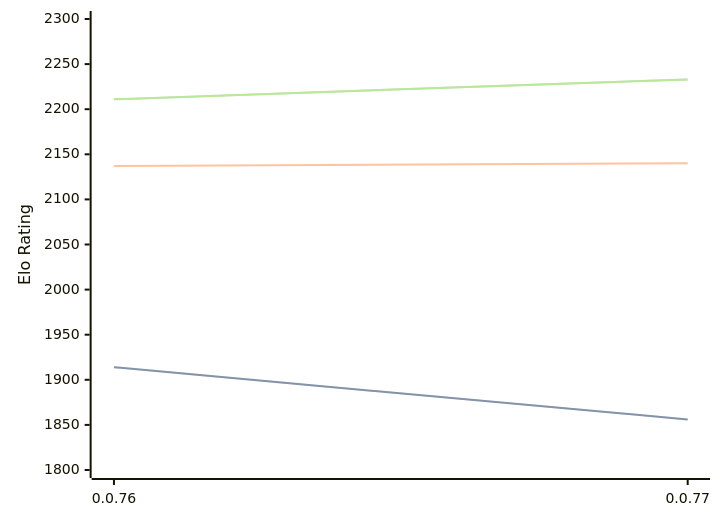
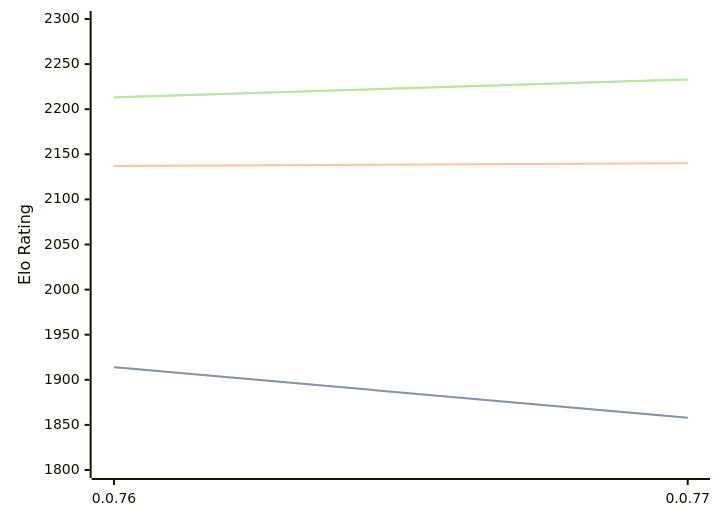
One commit to computer-chess-index/cci changed the diagram in engines/Fktb.md. Above: the diagram before and after it, drawn with Mermaid. The commit also changed other lines of this file, not shown here.

Commit message:
Update CCI Ratings (ELO VLTC) - 2026-09-05

````diff
--- a/engines/Fktb.md
+++ b/engines/Fktb.md
@@ -32,11 +32,11 @@
 ```mermaid
 %%{init: {"theme":"base","themeVariables":{"seriesColors:['#a3a3a3','#222221','#faa371']}}}%%
 xychart-beta
   x-axis ["0.0.76", "0.0.77"]
   y-axis "Elo Rating" 1800 --> 2300
-  line "" [1914, 1856]
-  line "STC (8.0+0.08s)" [1914, 1856]
+  line "" [1914, 1858]
+  line "STC (8.0+0.08s)" [1914, 1858]
   line "LTC (60.0+0.60s)" [2137, 2140]
-  line "" [2211, 2233]
-  line "VLTC (2m24s+1.12s)" [2211, 2233]
+  line "" [2213, 2233]
+  line "VLTC (2m24s+1.12s)" [2213, 2233]
 ```
````
